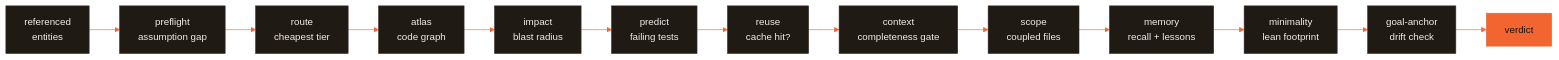
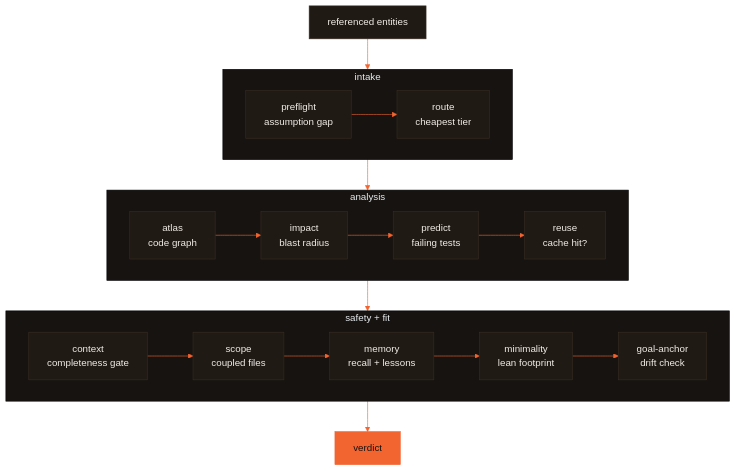
The second of 4 diagrams in ARCHITECTURE.md (CodeWithJuber/forgekit), drawn with Mermaid before and after one commit. The commit also changed other lines of this file and 19 other files, not shown here.

Commit message:
feat(release,docs,ui): auto-release on merge + self-enforcing docs/diagram/UI guards

````diff
--- a/ARCHITECTURE.md
+++ b/ARCHITECTURE.md
@@ -89,18 +89,22 @@
 ```mermaid
 %%{init: {'theme':'base','themeVariables':{'primaryColor':'#201a15','primaryTextColor':'#f2ede7','primaryBorderColor':'#372c22','lineColor':'#f26430','secondaryColor':'#272019','tertiaryColor':'#171310','fontFamily':'ui-sans-serif, system-ui, sans-serif'}}}%%
-flowchart LR
-    RE["referenced<br/>entities"] --> PF["preflight<br/>assumption gap"]
-    PF --> RT["route<br/>cheapest tier"]
-    RT --> AT["atlas<br/>code graph"]
-    AT --> IM["impact<br/>blast radius"]
-    IM --> PT["predict<br/>failing tests"]
-    PT --> RU["reuse<br/>cache hit?"]
-    RU --> CX["context<br/>completeness gate"]
-    CX --> SC["scope<br/>coupled files"]
-    SC --> ME["memory<br/>recall + lessons"]
-    ME --> MN["minimality<br/>lean footprint"]
-    MN --> GA["goal-anchor<br/>drift check"]
-    GA --> VD["verdict"]
+flowchart TD
+    RE["referenced entities"] --> INTAKE
+    subgraph INTAKE["intake"]
+        direction LR
+        PF["preflight<br/>assumption gap"] --> RT["route<br/>cheapest tier"]
+    end
+    INTAKE --> ANALYSIS
+    subgraph ANALYSIS["analysis"]
+        direction LR
+        AT["atlas<br/>code graph"] --> IM["impact<br/>blast radius"] --> PT["predict<br/>failing tests"] --> RU["reuse<br/>cache hit?"]
+    end
+    ANALYSIS --> SAFETY
+    subgraph SAFETY["safety + fit"]
+        direction LR
+        CX["context<br/>completeness gate"] --> SC["scope<br/>coupled files"] --> ME["memory<br/>recall + lessons"] --> MN["minimality<br/>lean footprint"] --> GA["goal-anchor<br/>drift check"]
+    end
+    SAFETY --> VD["verdict"]
     classDef accent fill:#f26430,stroke:#f26430,color:#171310;
     class VD accent;
 ```
````
